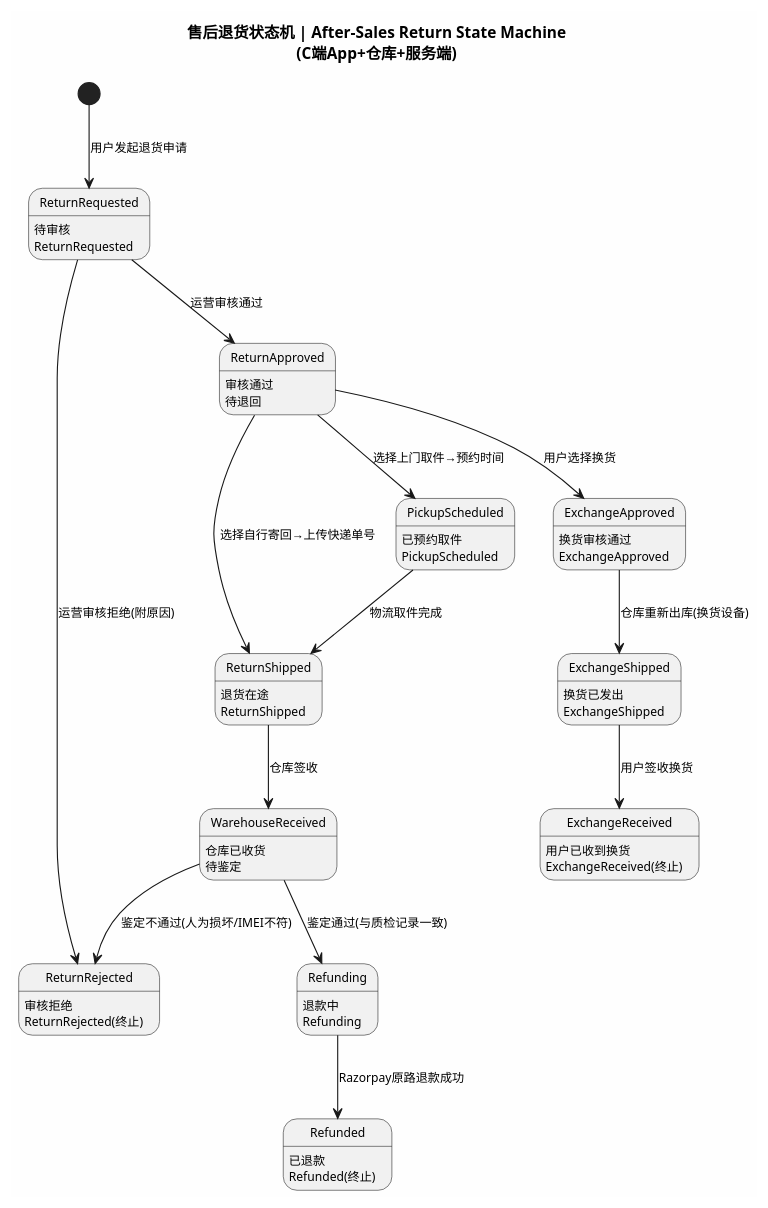
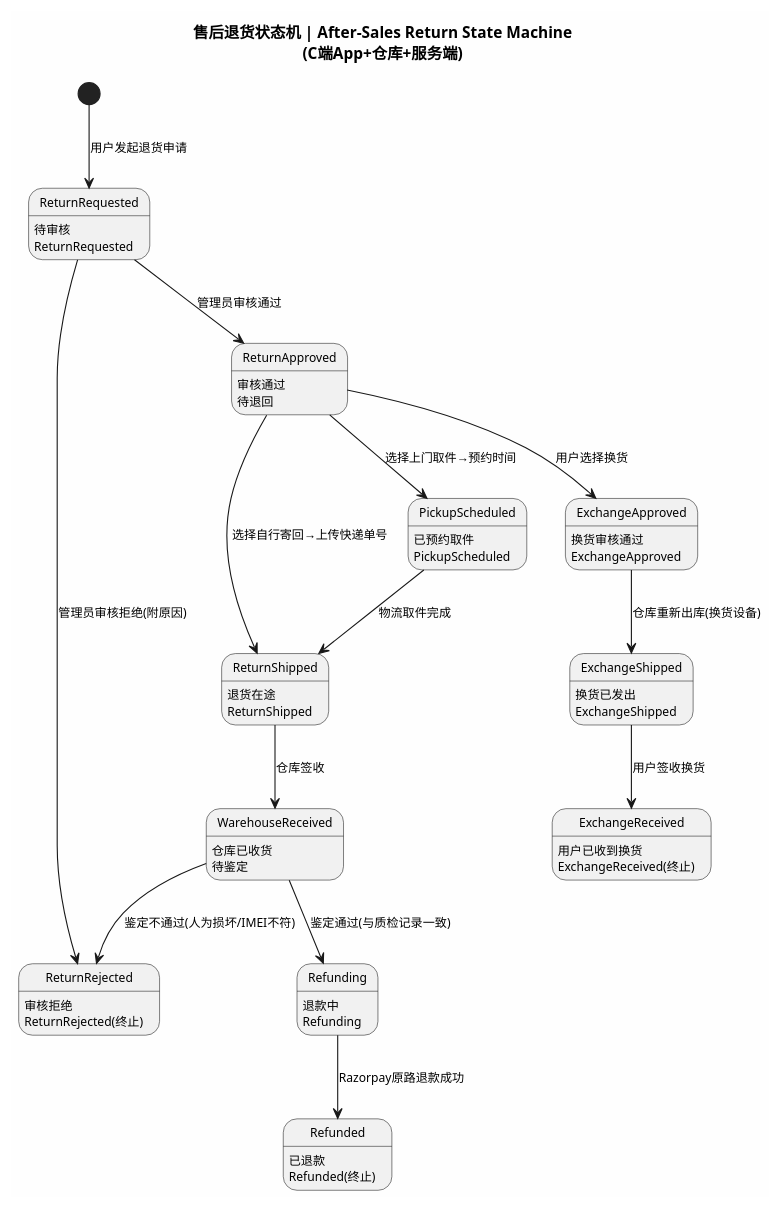
Before and after one commit to zihaoRed/Dobara: the seventh of 9 diagrams in UML/state_machine_all.puml, drawn with PlantUML. The commit also changed other lines of this file and 24 other files, not shown here.

```diff
--- a/UML/state_machine_all.puml
+++ b/UML/state_machine_all.puml
@@ -235,40 +235,40 @@
 @startuml 售后退货状态机
 skinparam backgroundColor #FEFEFE
 skinparam defaultFontSize 11
 
 title 售后退货状态机 | After-Sales Return State Machine\n(C端App+仓库+服务端)
 
 [*] --> ReturnRequested : 用户发起退货申请
 
 state ReturnRequested : 待审核\nReturnRequested
 state ReturnApproved : 审核通过\n待退回
 state ReturnRejected : 审核拒绝\nReturnRejected(终止)
 state PickupScheduled : 已预约取件\nPickupScheduled
 state ReturnShipped : 退货在途\nReturnShipped
 state WarehouseReceived : 仓库已收货\n待鉴定
 state Refunding : 退款中\nRefunding
 state Refunded : 已退款\nRefunded(终止)
 state ExchangeApproved : 换货审核通过\nExchangeApproved
 state ExchangeShipped : 换货已发出\nExchangeShipped
 state ExchangeReceived : 用户已收到换货\nExchangeReceived(终止)
 
-ReturnRequested --> ReturnApproved : 运营审核通过
-ReturnRequested --> ReturnRejected : 运营审核拒绝(附原因)
+ReturnRequested --> ReturnApproved : 管理员审核通过
+ReturnRequested --> ReturnRejected : 管理员审核拒绝(附原因)
 
 ReturnApproved --> PickupScheduled : 选择上门取件→预约时间
 ReturnApproved --> ReturnShipped : 选择自行寄回→上传快递单号
 
 PickupScheduled --> ReturnShipped : 物流取件完成
 
 ReturnShipped --> WarehouseReceived : 仓库签收
 
 WarehouseReceived --> Refunding : 鉴定通过(与质检记录一致)
 WarehouseReceived --> ReturnRejected : 鉴定不通过(人为损坏/IMEI不符)
 
 Refunding --> Refunded : Razorpay原路退款成功
 
 ReturnApproved --> ExchangeApproved : 用户选择换货
 ExchangeApproved --> ExchangeShipped : 仓库重新出库(换货设备)
 ExchangeShipped --> ExchangeReceived : 用户签收换货
 
 @enduml
```
